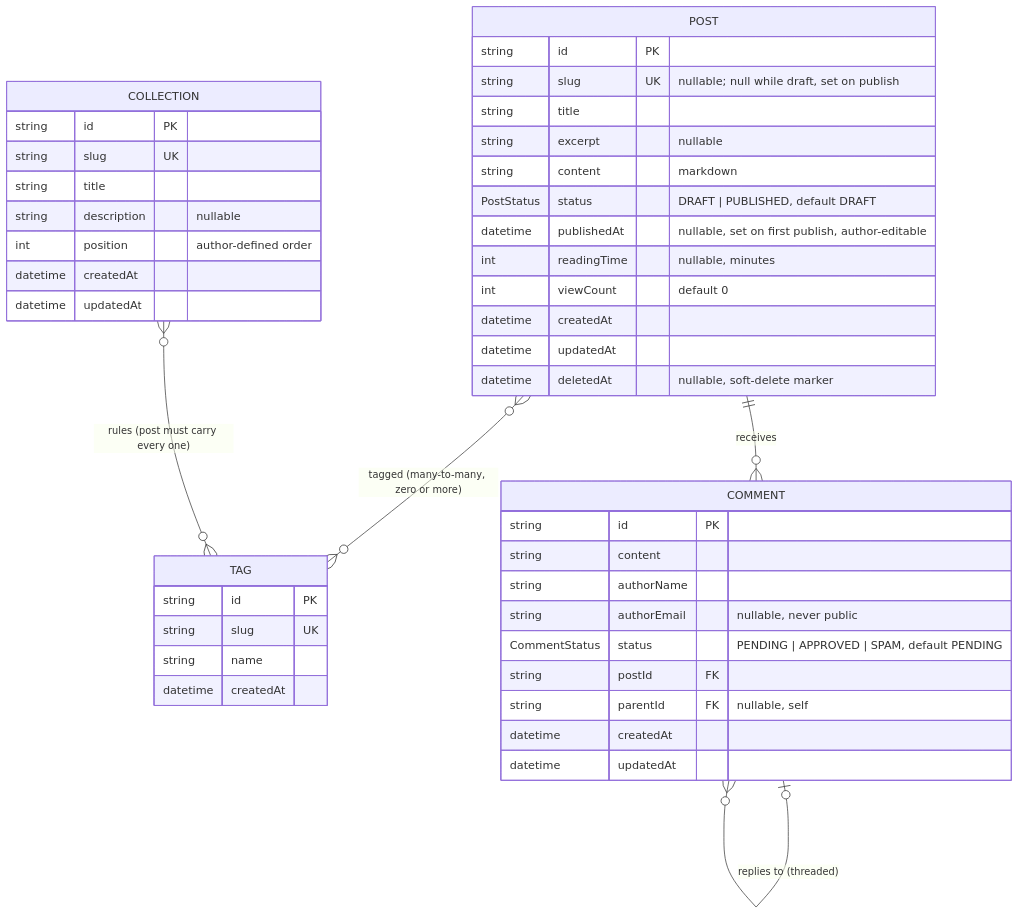
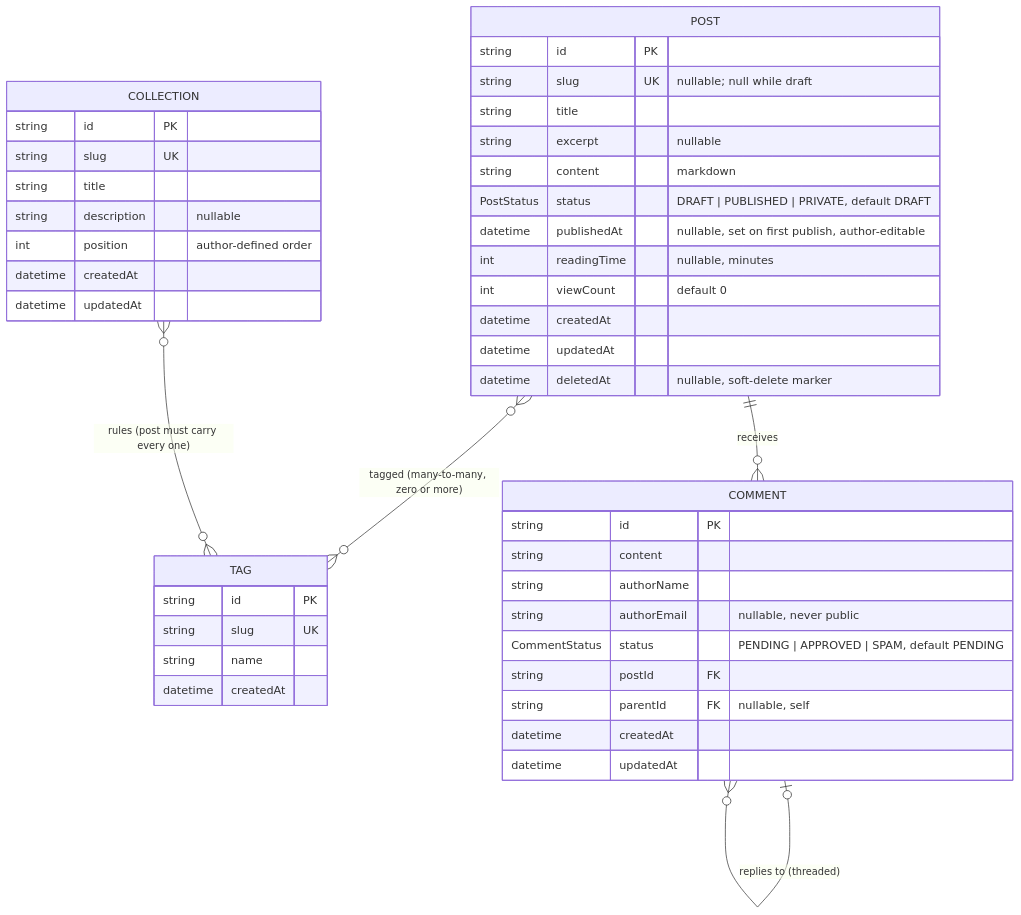
The diagram in design/domain/README.md (MASKUN2/inhology), drawn with Mermaid before and after one commit. The commit also changed other lines of this file and 31 other files, not shown here.

````diff
--- a/design/domain/README.md
+++ b/design/domain/README.md
@@ -18,48 +18,48 @@
 ```mermaid
 erDiagram
     POST     }o--o{ TAG : "tagged (many-to-many, zero or more)"
     COLLECTION }o--o{ TAG : "rules (post must carry every one)"
     POST     ||--o{ COMMENT : "receives"
     COMMENT  |o--o{ COMMENT : "replies to (threaded)"
 
     POST {
         string     id PK
-        string     slug UK "nullable; null while draft, set on publish"
+        string     slug UK "nullable; null while draft"
         string     title
         string     excerpt "nullable"
         string     content "markdown"
-        PostStatus status "DRAFT | PUBLISHED, default DRAFT"
+        PostStatus status "DRAFT | PUBLISHED | PRIVATE, default DRAFT"
         datetime   publishedAt "nullable, set on first publish, author-editable"
         int        readingTime "nullable, minutes"
         int        viewCount "default 0"
         datetime   createdAt
         datetime   updatedAt
         datetime   deletedAt "nullable, soft-delete marker"
     }
     TAG {
         string   id PK
         string   slug UK
         string   name
         datetime createdAt
     }
     COLLECTION {
         string   id PK
         string   slug UK
         string   title
         string   description "nullable"
         int      position "author-defined order"
         datetime createdAt
         datetime updatedAt
     }
     COMMENT {
         string        id PK
         string        content
         string        authorName
         string        authorEmail "nullable, never public"
         CommentStatus status "PENDING | APPROVED | SPAM, default PENDING"
         string        postId FK
         string        parentId FK "nullable, self"
         datetime      createdAt
         datetime      updatedAt
     }
 ```
````
